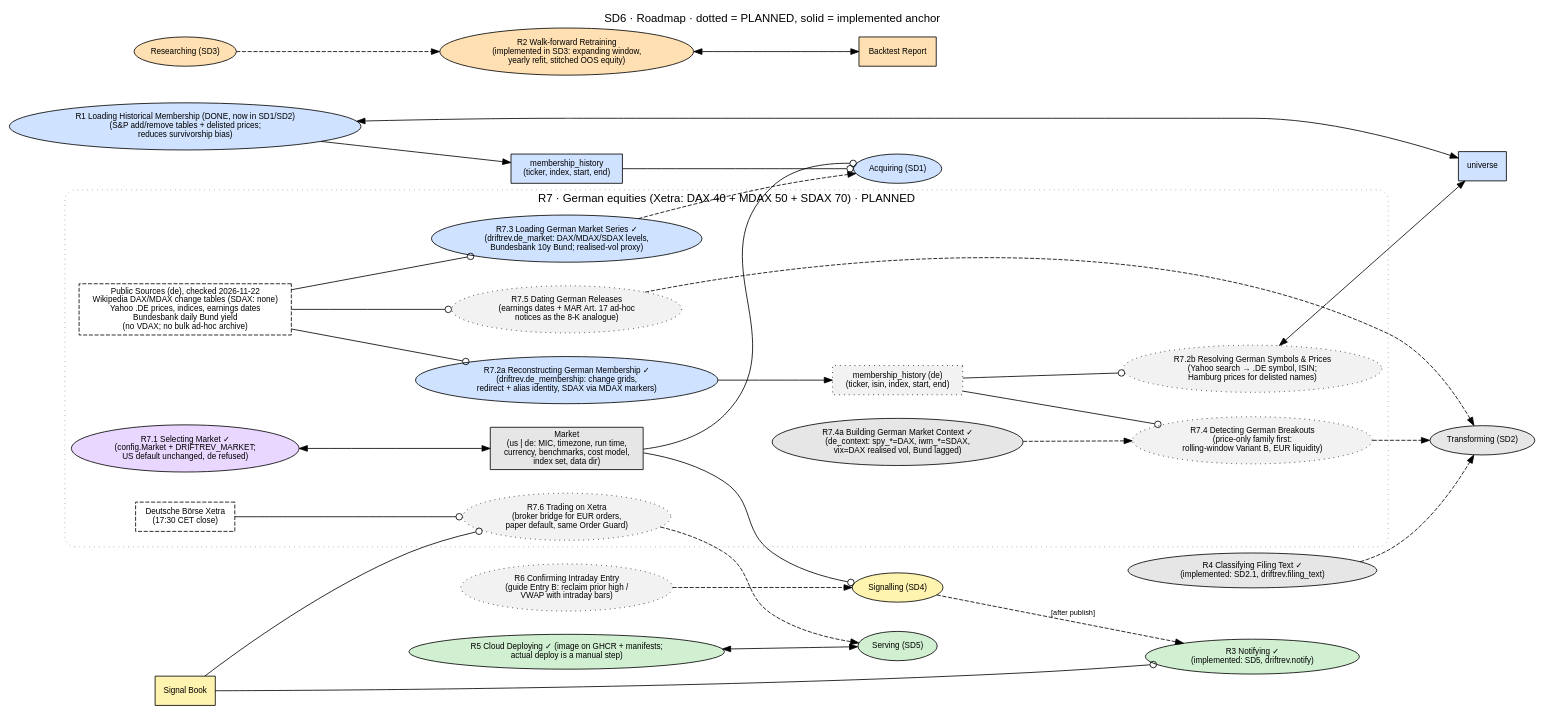
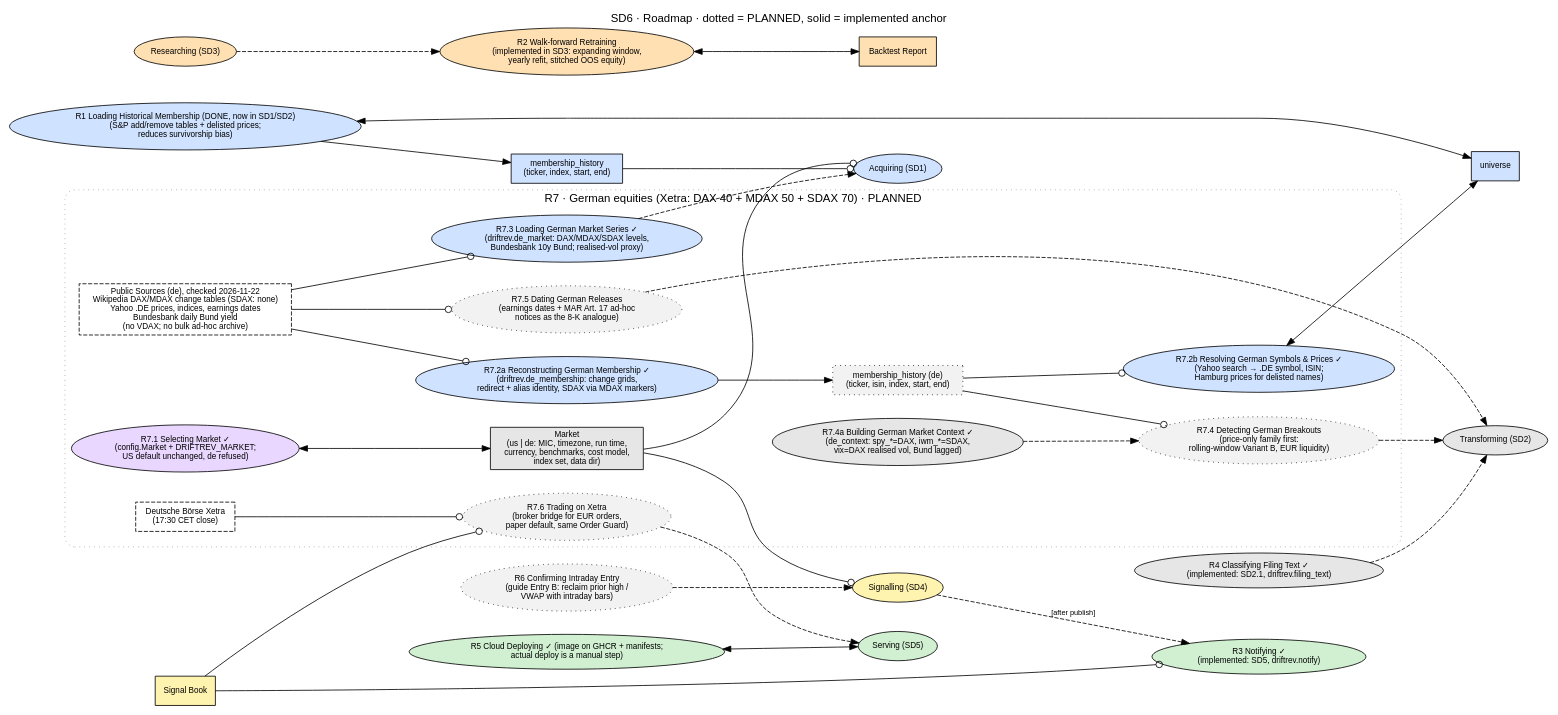
One commit to witold-andelie/stock_analysis_wentao changed the diagram in project/docs/architecture/opm/SD6_roadmap.dot. Above: the diagram before and after it, drawn with Graphviz. The commit also changed 7 other files, not shown here.

First line of the commit message:
R7.2b Resolving German symbols and loading prices

```diff
--- a/project/docs/architecture/opm/SD6_roadmap.dot
+++ b/project/docs/architecture/opm/SD6_roadmap.dot
@@ -1,60 +1,60 @@
 // SD6 · Roadmap: PLANNED processes (dotted) and where they attach to the implemented model.
 // Rule: a planned thing becomes solid only when its code, test and OPL sentence land together.
 digraph SD6 {
   graph [rankdir=LR, fontname="Helvetica", fontsize=14, labelloc=t, nodesep=0.4, ranksep=0.8,
          label="SD6 · Roadmap · dotted = PLANNED, solid = implemented anchor"];
   node  [fontname="Helvetica", fontsize=10, style=filled, fillcolor="#e6e6e6"];
   edge  [fontname="Helvetica", fontsize=9];
 
   // implemented anchors
   acquiring    [shape=ellipse, fillcolor="#cfe2ff", label="Acquiring (SD1)"];
   transforming [shape=ellipse, label="Transforming (SD2)"];
   researching  [shape=ellipse, fillcolor="#ffe0b3", label="Researching (SD3)"];
   signalling   [shape=ellipse, fillcolor="#fff3b0", label="Signalling (SD4)"];
   serving      [shape=ellipse, fillcolor="#d1f0d1", label="Serving (SD5)"];
   universe     [shape=box, fillcolor="#cfe2ff", label="universe"];
   report       [shape=box, fillcolor="#ffe0b3", label="Backtest Report"];
   book         [shape=box, fillcolor="#fff3b0", label="Signal Book"];
 
   // planned things
   r1 [shape=ellipse, fillcolor="#cfe2ff", label="R1 Loading Historical Membership (DONE, now in SD1/SD2)\n(S&P add/remove tables + delisted prices;\nreduces survivorship bias)"];
   r1o [shape=box, fillcolor="#cfe2ff", label="membership_history\n(ticker, index, start, end)"];
   r2 [shape=ellipse, style="filled", fillcolor="#ffe0b3", label="R2 Walk-forward Retraining\n(implemented in SD3: expanding window,\nyearly refit, stitched OOS equity)"];
   r3 [shape=ellipse, fillcolor="#d1f0d1", label="R3 Notifying ✓\n(implemented: SD5, driftrev.notify)"];
   r4 [shape=ellipse, fillcolor="#e6e6e6", label="R4 Classifying Filing Text ✓\n(implemented: SD2.1, driftrev.filing_text)"];
   r5 [shape=ellipse, fillcolor="#d1f0d1", label="R5 Cloud Deploying ✓ (image on GHCR + manifests;\nactual deploy is a manual step)"];
   r6 [shape=ellipse, style="filled,dotted", fillcolor="#f2f2f2", label="R6 Confirming Intraday Entry\n(guide Entry B: reclaim prior high /\nVWAP with intraday bars)"];
 
   r1 -> r1o; r1o -> acquiring [arrowhead=odot]; r1 -> universe [dir=both];
   researching -> r2 [style=dashed]; r2 -> report [dir=both];
   signalling -> r3 [style=dashed, label="[after publish]"]; book -> r3 [arrowhead=odot];
   r4 -> transforming [style=dashed];
   r5 -> serving [dir=both];
   r6 -> signalling [style=dashed];
 
   // R7 · German equities on Deutsche Börse Xetra (DAX + MDAX + SDAX). Order of delivery: R7.1 → R7.6.
   subgraph cluster_r7 {
     label="R7 · German equities (Xetra: DAX 40 + MDAX 50 + SDAX 70) · PLANNED"; style="rounded,dotted"; color="#999999";
     node [style="filled,dotted", fillcolor="#f2f2f2"];
     market   [shape=box, style=filled, fillcolor="#e6e6e6", label="Market\n(us | de: MIC, timezone, run time,\ncurrency, benchmarks, cost model,\nindex set, data dir)"];
     r71 [shape=ellipse, style=filled, fillcolor="#ead7ff", label="R7.1 Selecting Market ✓\n(config.Market + DRIFTREV_MARKET;\nUS default unchanged, de refused)"];
     r72 [shape=ellipse, style=filled, fillcolor="#cfe2ff", label="R7.2a Reconstructing German Membership ✓\n(driftrev.de_membership: change grids,\nredirect + alias identity, SDAX via MDAX markers)"];
-    r72b [shape=ellipse, label="R7.2b Resolving German Symbols & Prices\n(Yahoo search → .DE symbol, ISIN;\nHamburg prices for delisted names)"];
+    r72b [shape=ellipse, style=filled, fillcolor="#cfe2ff", label="R7.2b Resolving German Symbols & Prices ✓\n(Yahoo search → .DE symbol, ISIN;\nHamburg prices for delisted names)"];
     r72o [shape=box, label="membership_history (de)\n(ticker, isin, index, start, end)"];
     r73 [shape=ellipse, style=filled, fillcolor="#cfe2ff", label="R7.3 Loading German Market Series ✓\n(driftrev.de_market: DAX/MDAX/SDAX levels,\nBundesbank 10y Bund; realised-vol proxy)"];
     r74a [shape=ellipse, style=filled, fillcolor="#e6e6e6", label="R7.4a Building German Market Context ✓\n(de_context: spy_*=DAX, iwm_*=SDAX,\nvix=DAX realised vol, Bund lagged)"];
     r74 [shape=ellipse, label="R7.4 Detecting German Breakouts\n(price-only family first:\nrolling-window Variant B, EUR liquidity)"];
     r75 [shape=ellipse, label="R7.5 Dating German Releases\n(earnings dates + MAR Art. 17 ad-hoc\nnotices as the 8-K analogue)"];
     r76 [shape=ellipse, label="R7.6 Trading on Xetra\n(broker bridge for EUR orders,\npaper default, same Order Guard)"];
     xetra [shape=box, style="filled,dashed", fillcolor="#ffffff", label="Deutsche Börse Xetra\n(17:30 CET close)"];
     srcs  [shape=box, style="filled,dashed", fillcolor="#ffffff", label="Public Sources (de), checked 2026-11-22\nWikipedia DAX/MDAX change tables (SDAX: none)\nYahoo .DE prices, indices, earnings dates\nBundesbank daily Bund yield\n(no VDAX; no bulk ad-hoc archive)"];
   }
 
   r71 -> market [dir=both];
   market -> acquiring [arrowhead=odot]; market -> signalling [arrowhead=odot];
   srcs -> r72 [arrowhead=odot]; r72 -> r72o; r72o -> r72b [arrowhead=odot]; r72b -> universe [dir=both];
   srcs -> r73 [arrowhead=odot]; r73 -> acquiring [style=dashed];
   r72o -> r74 [arrowhead=odot]; r74 -> transforming [style=dashed]; r74a -> r74 [style=dashed];
   srcs -> r75 [arrowhead=odot]; r75 -> transforming [style=dashed];
   book -> r76 [arrowhead=odot]; xetra -> r76 [arrowhead=odot]; r76 -> serving [style=dashed];
 }
```
